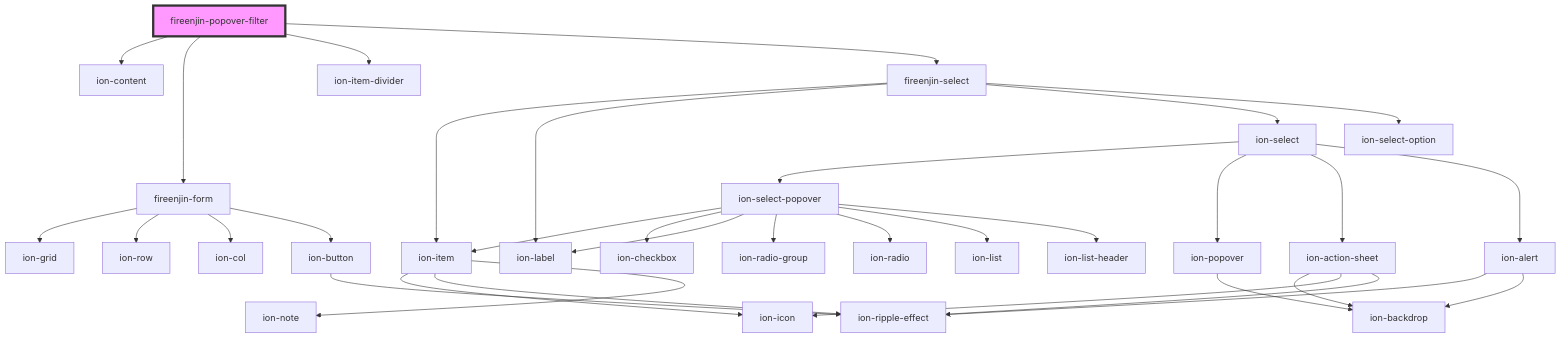
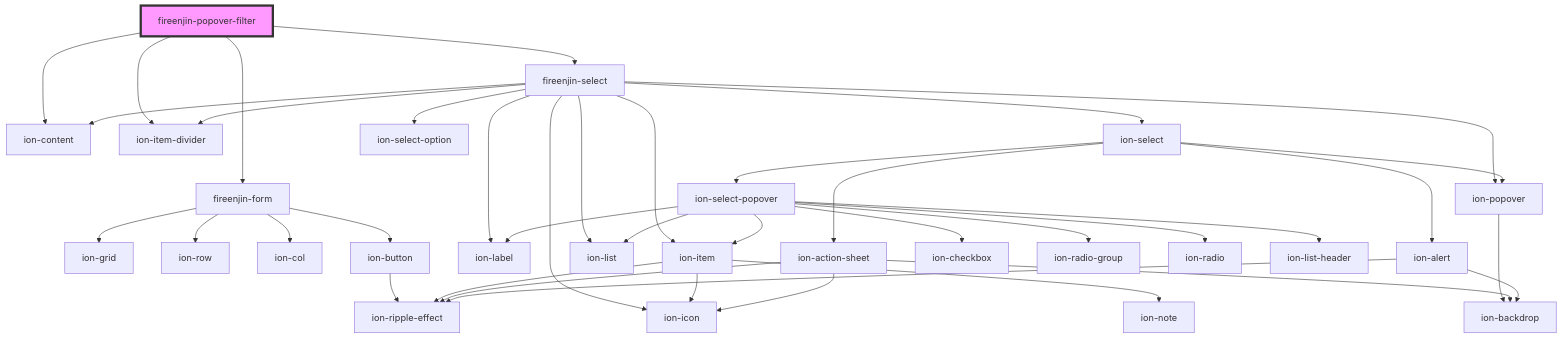
Before and after one commit to FireEnjin/Components: the diagram in src/components/popover-filter/readme.md, drawn with Mermaid. The commit also changed 10 other files, not shown here.

````diff
--- a/src/components/popover-filter/readme.md
+++ b/src/components/popover-filter/readme.md
@@ -26,37 +26,42 @@
 ```mermaid
 graph TD;
   fireenjin-popover-filter --> ion-content
   fireenjin-popover-filter --> fireenjin-form
   fireenjin-popover-filter --> ion-item-divider
   fireenjin-popover-filter --> fireenjin-select
   fireenjin-form --> ion-grid
   fireenjin-form --> ion-row
   fireenjin-form --> ion-col
   fireenjin-form --> ion-button
   ion-button --> ion-ripple-effect
+  fireenjin-select --> ion-label
   fireenjin-select --> ion-item
-  fireenjin-select --> ion-label
+  fireenjin-select --> ion-popover
+  fireenjin-select --> ion-content
+  fireenjin-select --> ion-list
+  fireenjin-select --> ion-item-divider
   fireenjin-select --> ion-select
   fireenjin-select --> ion-select-option
+  fireenjin-select --> ion-icon
   ion-item --> ion-icon
   ion-item --> ion-ripple-effect
   ion-item --> ion-note
+  ion-popover --> ion-backdrop
   ion-select --> ion-select-popover
   ion-select --> ion-popover
   ion-select --> ion-action-sheet
   ion-select --> ion-alert
   ion-select-popover --> ion-item
   ion-select-popover --> ion-checkbox
   ion-select-popover --> ion-label
   ion-select-popover --> ion-radio-group
   ion-select-popover --> ion-radio
   ion-select-popover --> ion-list
   ion-select-popover --> ion-list-header
-  ion-popover --> ion-backdrop
   ion-action-sheet --> ion-backdrop
   ion-action-sheet --> ion-icon
   ion-action-sheet --> ion-ripple-effect
   ion-alert --> ion-ripple-effect
   ion-alert --> ion-backdrop
   style fireenjin-popover-filter fill:#f9f,stroke:#333,stroke-width:4px
 ```
````
